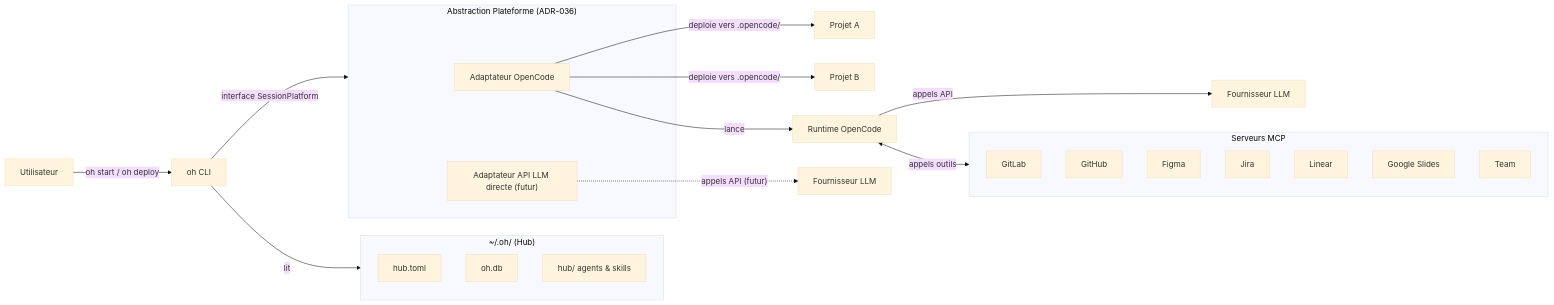
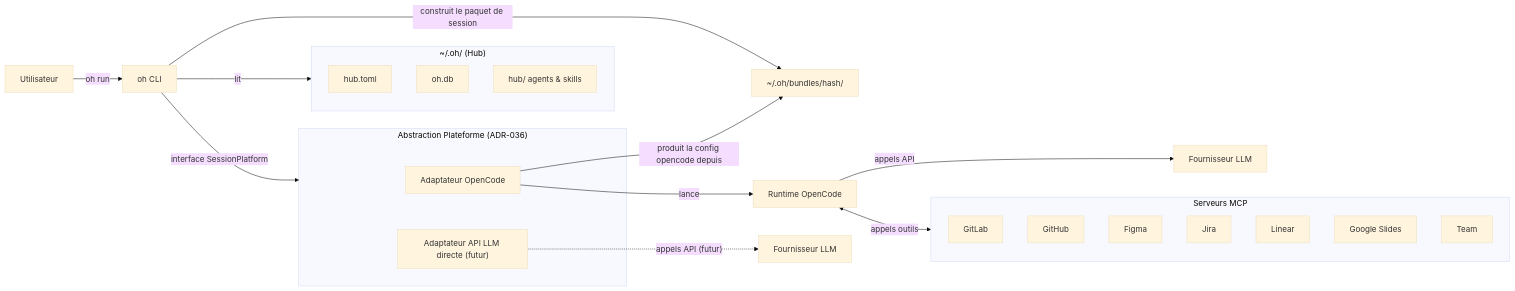
One commit to datichb/openhub changed the first of 4 diagrams in docs/architecture/overview.fr.md. Above: the diagram before and after it, drawn with Mermaid (base theme). The commit also changed other lines of this file and 92 other files, not shown here.

````diff
--- a/docs/architecture/overview.fr.md
+++ b/docs/architecture/overview.fr.md
@@ -7,36 +7,36 @@
 ```mermaid
 flowchart LR
-    U["Utilisateur"] -->|"oh start / oh deploy"| CLI["oh CLI"]
+    U["Utilisateur"] -->|"oh run"| CLI["oh CLI"]
 
     subgraph Hub ["~/.oh/ (Hub)"]
         TOML["hub.toml"]
         DB["oh.db"]
         HC["hub/ agents & skills"]
     end
 
     CLI -->|lit| Hub
 
     subgraph Platform ["Abstraction Plateforme (ADR-036)"]
         OCA["Adaptateur OpenCode"]
         DLA["Adaptateur API LLM directe (futur)"]
     end
 
     CLI -->|"interface SessionPlatform"| Platform
-    OCA -->|"deploie vers .opencode/"| P1["Projet A"]
-    OCA -->|"deploie vers .opencode/"| P2["Projet B"]
+    CLI -->|"construit le paquet de session"| BUN["~/.oh/bundles/hash/"]
+    OCA -->|"produit la config opencode depuis"| BUN
     OCA -->|lance| OC["Runtime OpenCode"]
     DLA -.->|"appels API (futur)"| LLM2["Fournisseur LLM"]
     OC -->|appels API| LLM["Fournisseur LLM"]
 
     subgraph MCP ["Serveurs MCP"]
         GL["GitLab"]
         GH["GitHub"]
         FIG["Figma"]
         JI["Jira"]
         LN["Linear"]
         GS["Google Slides"]
         TM["Team"]
     end
 
     OC <-->|appels outils| MCP
 ```
````
